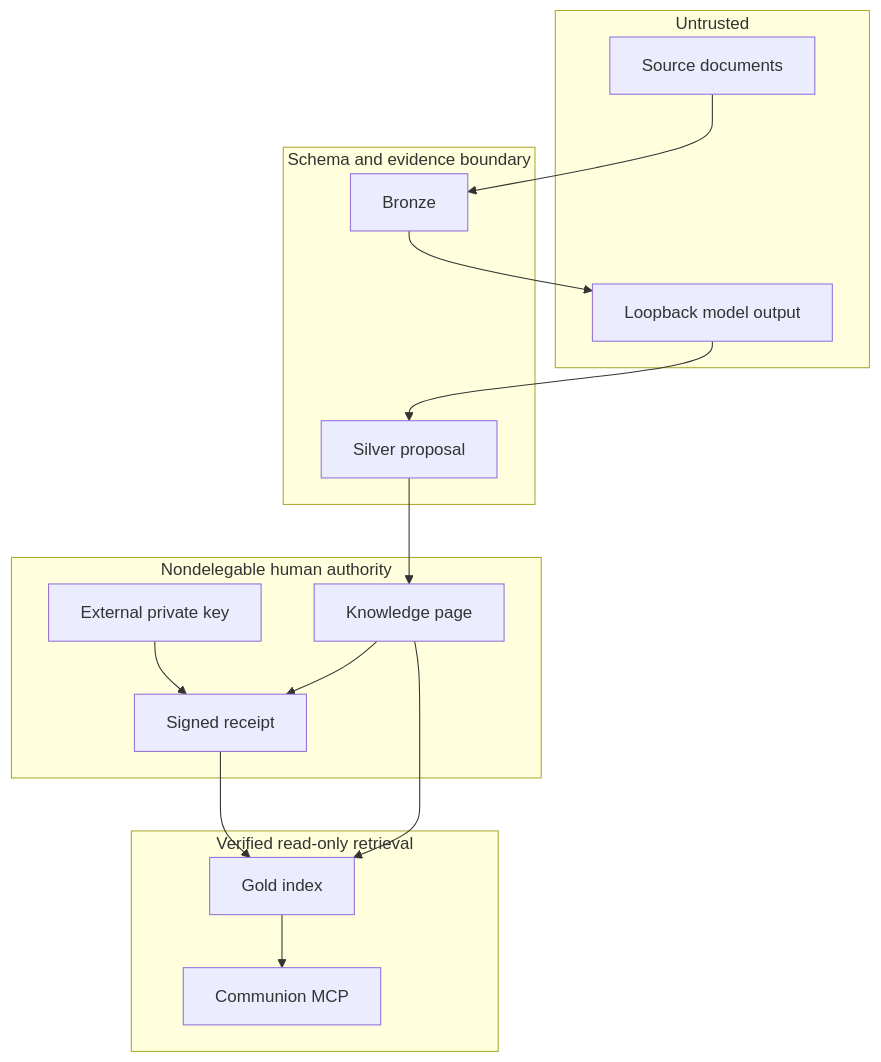
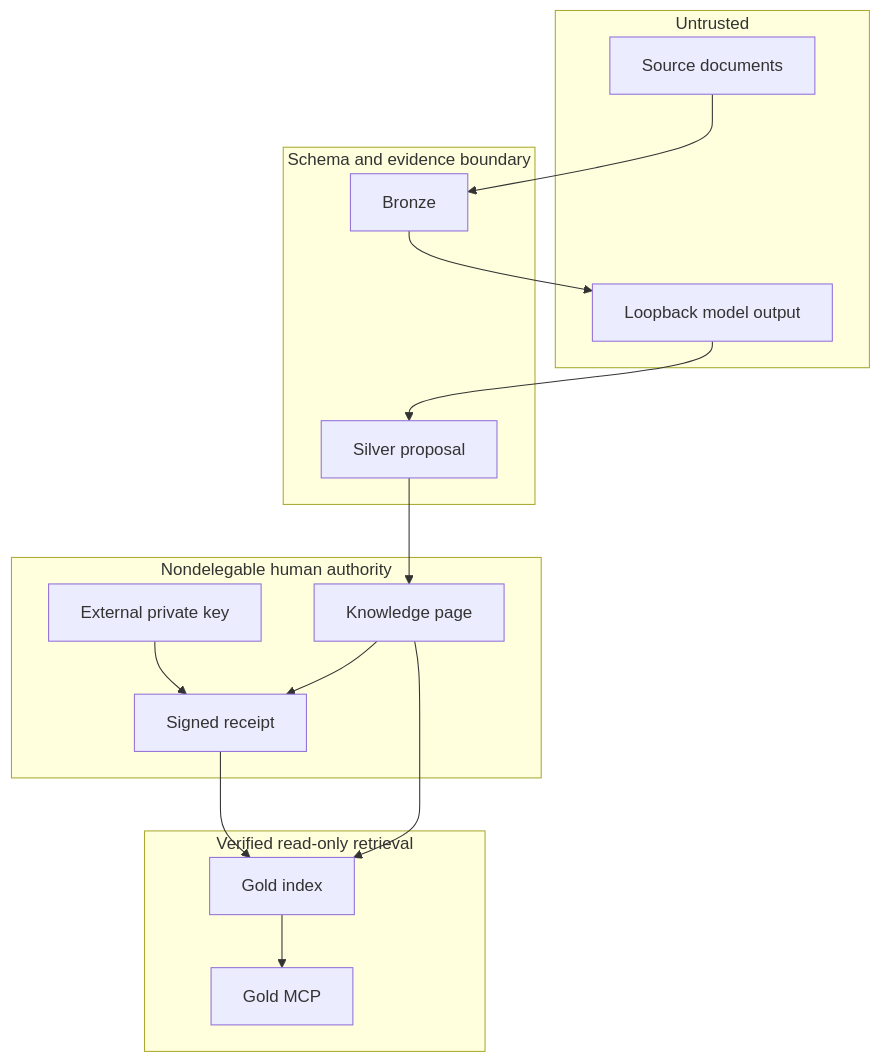
One commit to patschmittdev/Ziggurat changed the diagram in ARCHITECTURE.md. Above: the diagram before and after it, drawn with Mermaid. The commit also changed other lines of this file and 53 other files, not shown here.

First line of the commit message:
docs: pre-release review — accuracy, dedup, and the communion→gold rename (#9)

````diff
--- a/ARCHITECTURE.md
+++ b/ARCHITECTURE.md
@@ -42,30 +42,30 @@
 ```mermaid
 flowchart TB
     subgraph Untrusted
       SRC[Source documents]
       MODEL[Loopback model output]
     end
     subgraph ProposalBoundary[Schema and evidence boundary]
       BRONZE[Bronze]
       SILVER[Silver proposal]
     end
     subgraph HumanBoundary[Nondelegable human authority]
       KEY[External private key]
       PAGE[Knowledge page]
       RECEIPT[Signed receipt]
     end
     subgraph RetrievalBoundary[Verified read-only retrieval]
       GOLD[Gold index]
-      MCP[Communion MCP]
+      MCP[Gold MCP]
     end
 
     SRC --> BRONZE
     BRONZE --> MODEL
     MODEL --> SILVER
     SILVER --> PAGE
     KEY --> RECEIPT
     PAGE --> RECEIPT
     PAGE --> GOLD
     RECEIPT --> GOLD
     GOLD --> MCP
 ```
````
